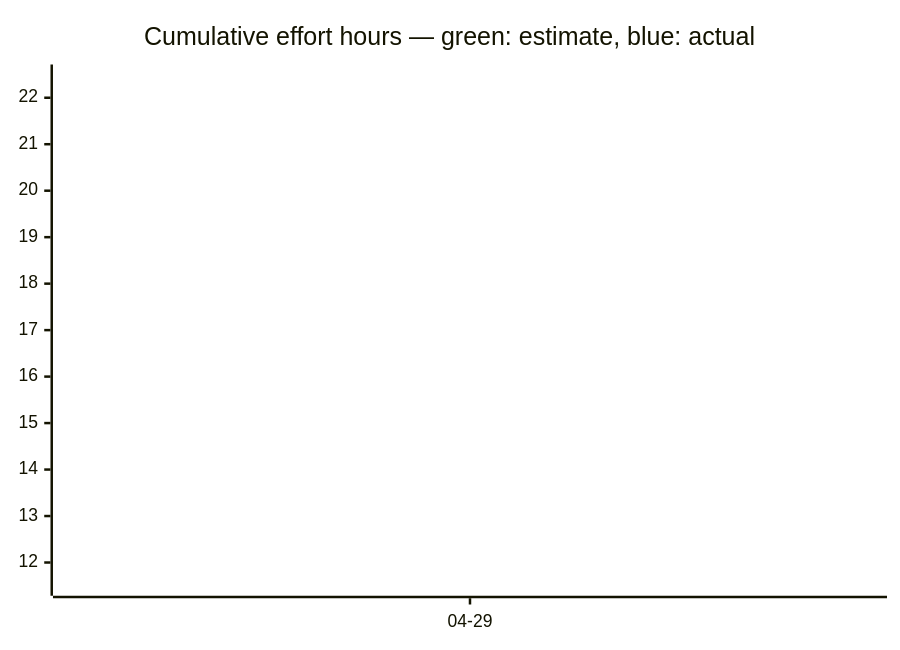
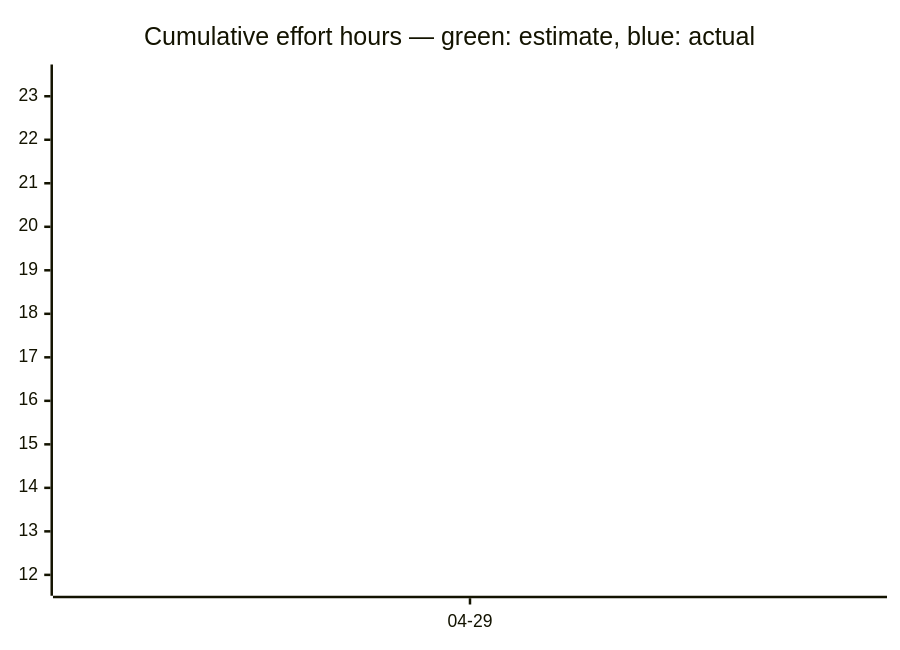
The third of 3 diagrams in docs/developers/tasks/OVERVIEW.md (tgd1975/AwesomeStudioPedal), drawn with Mermaid before and after one commit. The commit also changed other lines of this file and 5 other files, not shown here.

````diff
--- a/docs/developers/tasks/OVERVIEW.md
+++ b/docs/developers/tasks/OVERVIEW.md
@@ -38,7 +38,7 @@
 ```mermaid
 xychart-beta
     title "Cumulative effort hours — green: estimate, blue: actual"
     x-axis ["04-29"]
-    line [22.5]
-    line [11.5]
+    line [23.5]
+    line [11.75]
 ```
````
